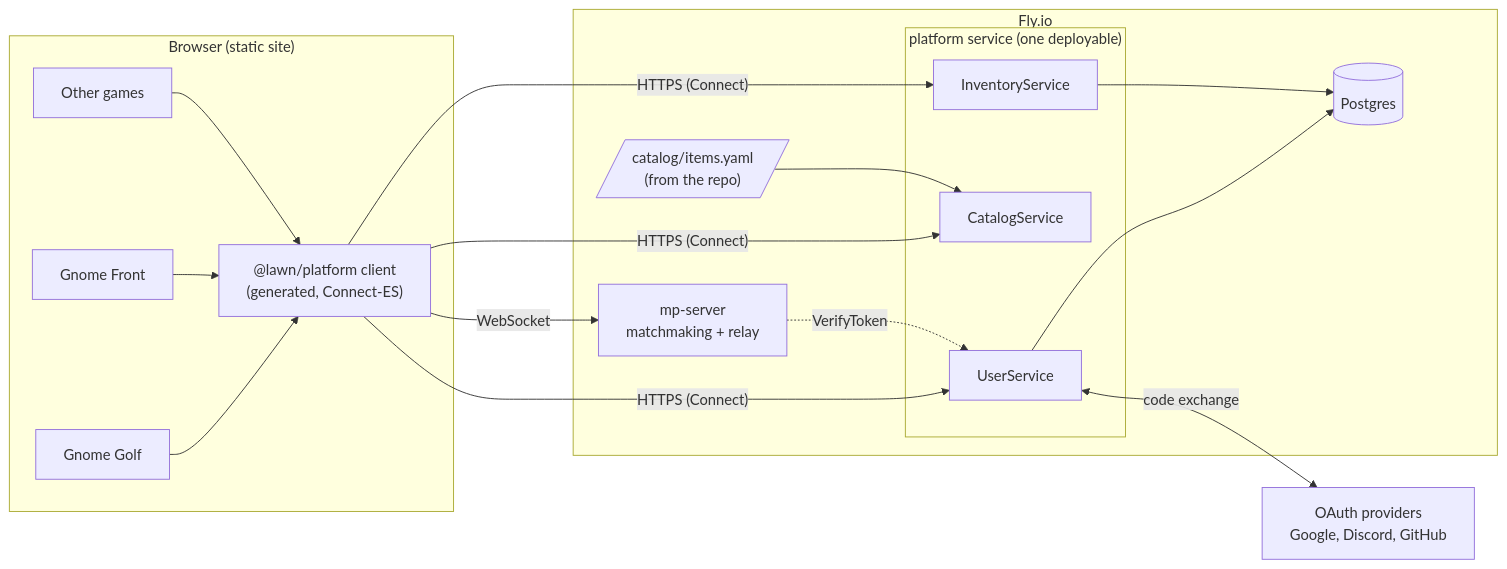
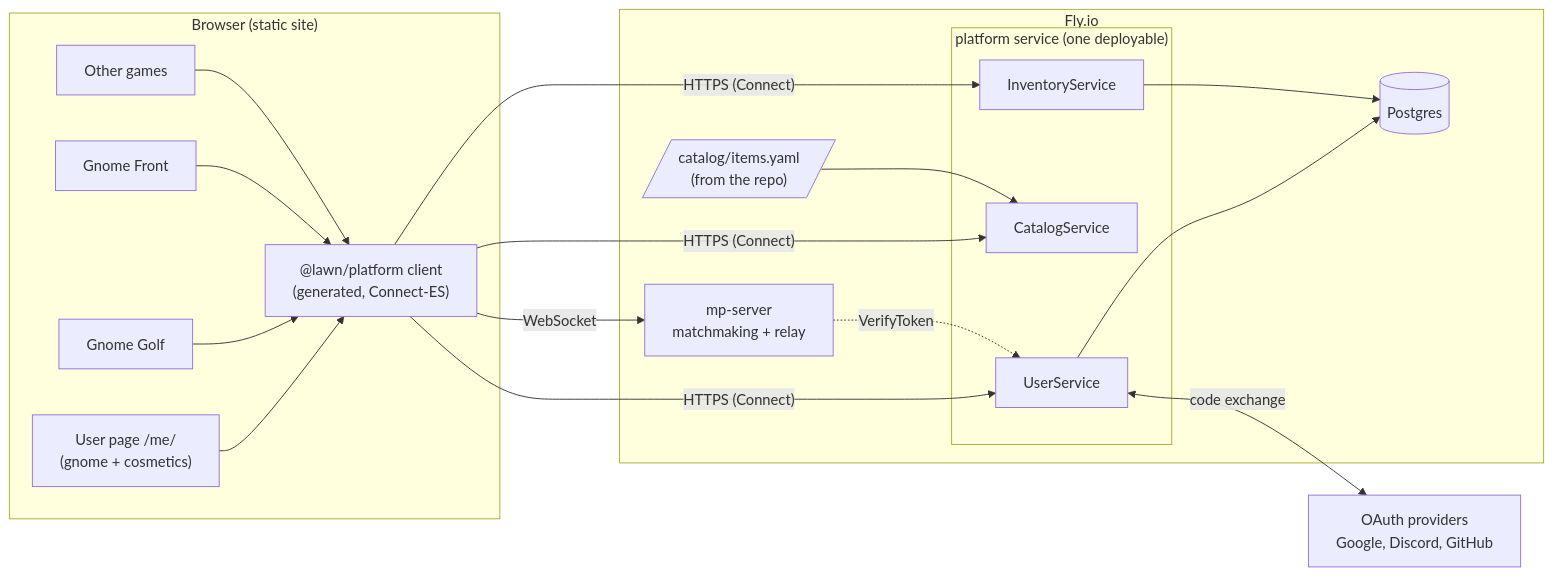
The first of 10 diagrams in docs/design/gnome-platform.md (QMasterMoo/lawn-gnome-panic), drawn with Mermaid before and after one commit. The commit also changed other lines of this file and 2 other files, not shown here.

First line of the commit message:
Platform proposal: user page, global loadouts, decisions

````diff
--- a/docs/design/gnome-platform.md
+++ b/docs/design/gnome-platform.md
@@ -41,35 +42,37 @@
 ```mermaid
 flowchart LR
   subgraph Browser["Browser (static site)"]
     G1[Gnome Golf]
     G2[Gnome Front]
     G3[Other games]
+    ME["User page /me/<br/>(gnome + cosmetics)"]
+    ME --> SDK
     SDK["@lawn/platform client<br/>(generated, Connect-ES)"]
     G1 --> SDK
     G2 --> SDK
     G3 --> SDK
   end
 
   subgraph Fly["Fly.io"]
     MP["mp-server<br/>matchmaking + relay"]
     subgraph Platform["platform service (one deployable)"]
       US[UserService]
       CS[CatalogService]
       IS[InventoryService]
     end
     DB[(Postgres)]
     CAT[/"catalog/items.yaml<br/>(from the repo)"/]
   end
 
   OAUTH["OAuth providers<br/>Google, Discord, GitHub"]
 
   SDK -- "HTTPS (Connect)" --> US
   SDK -- "HTTPS (Connect)" --> CS
   SDK -- "HTTPS (Connect)" --> IS
   SDK -- "WebSocket" --> MP
   MP -. "VerifyToken" .-> US
   US --> DB
   IS --> DB
   CAT --> CS
   US <-->|"code exchange"| OAUTH
 ```
````
